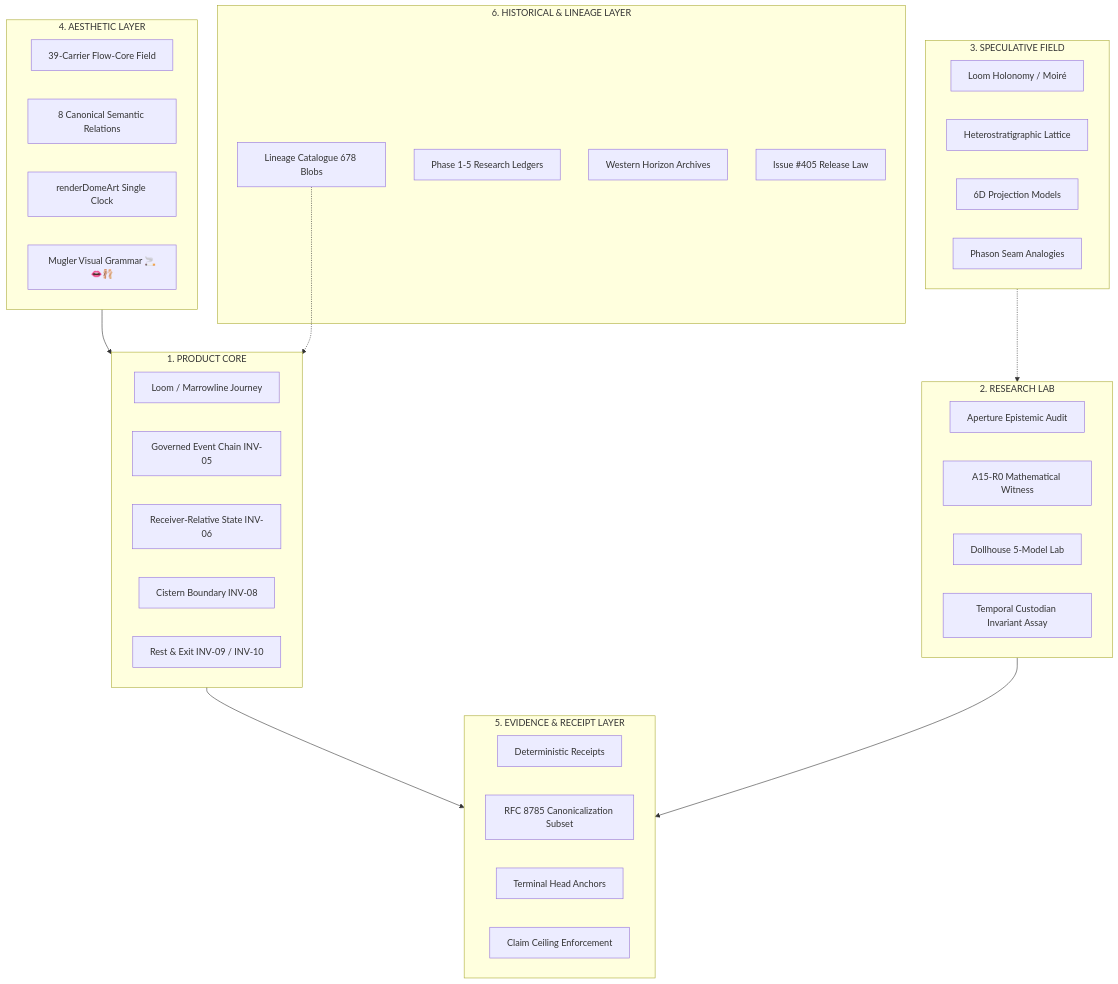
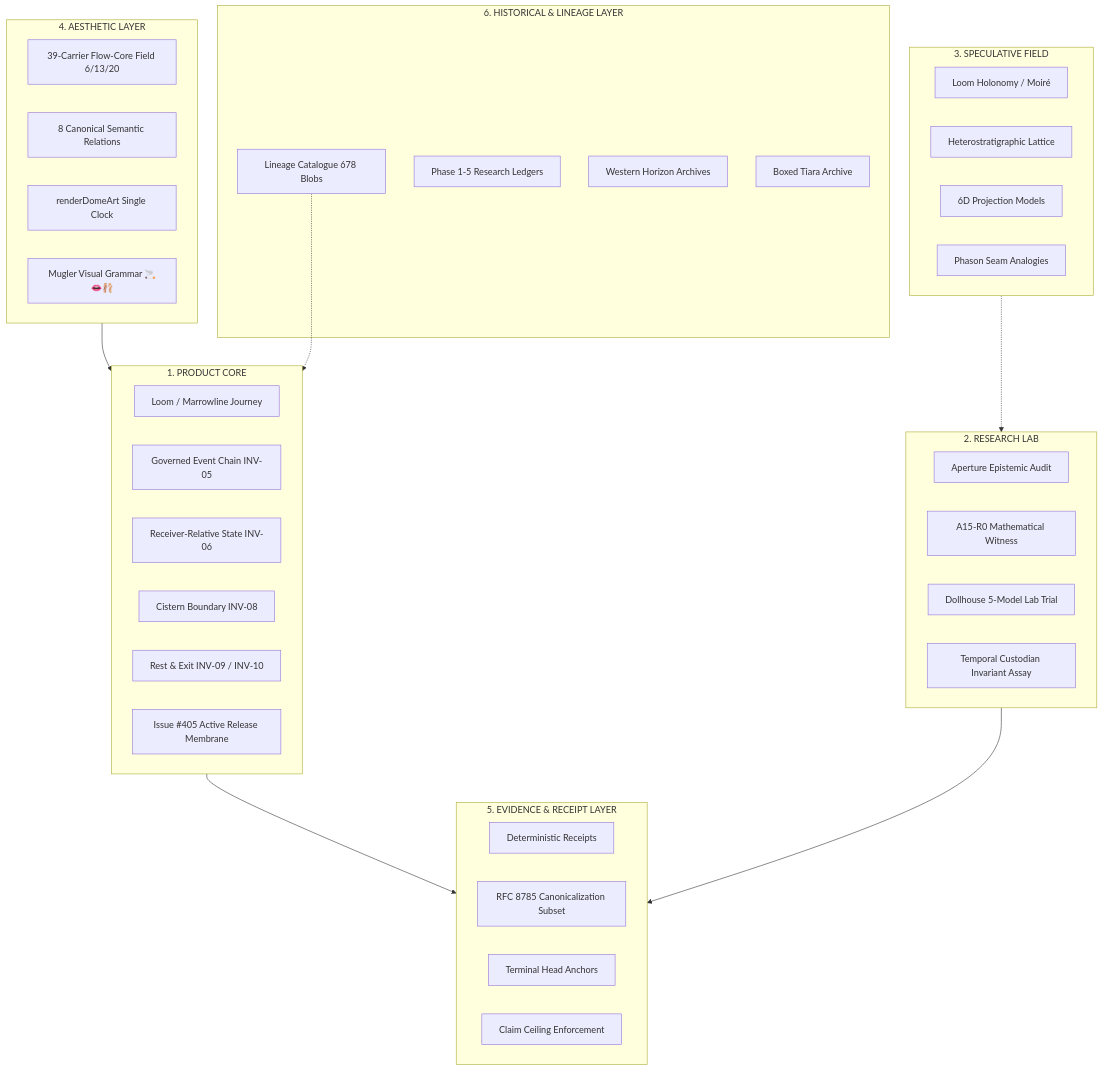
Before and after one commit to tauric-diana-613/TD613-TCP: the diagram in docs/sequence-6/SURVIVOR_MAP_AND_ARCHITECTURE_FREEZE.md, drawn with Mermaid. The commit also changed other lines of this file and 2 other files, not shown here.

Commit message:
docs(seq6): reconcile architecture freeze with canonical invariant and flowcore registries

````diff
--- a/docs/sequence-6/SURVIVOR_MAP_AND_ARCHITECTURE_FREEZE.md
+++ b/docs/sequence-6/SURVIVOR_MAP_AND_ARCHITECTURE_FREEZE.md
@@ -75,46 +83,47 @@
 ```mermaid
 graph TD
     subgraph L1 [1. PRODUCT CORE]
         PC1[Loom / Marrowline Journey]
         PC2[Governed Event Chain INV-05]
         PC3[Receiver-Relative State INV-06]
         PC4[Cistern Boundary INV-08]
         PC5[Rest & Exit INV-09 / INV-10]
+        PC6[Issue #405 Active Release Membrane]
     end
     subgraph L2 [2. RESEARCH LAB]
         RL1[Aperture Epistemic Audit]
         RL2[A15-R0 Mathematical Witness]
-        RL3[Dollhouse 5-Model Lab]
+        RL3[Dollhouse 5-Model Lab Trial]
         RL4[Temporal Custodian Invariant Assay]
     end
     subgraph L3 [3. SPECULATIVE FIELD]
         SF1[Loom Holonomy / Moiré]
         SF2[Heterostratigraphic Lattice]
         SF3[6D Projection Models]
         SF4[Phason Seam Analogies]
     end
     subgraph L4 [4. AESTHETIC LAYER]
-        AL1[39-Carrier Flow-Core Field]
+        AL1[39-Carrier Flow-Core Field 6/13/20]
         AL2[8 Canonical Semantic Relations]
         AL3[renderDomeArt Single Clock]
         AL4[Mugler Visual Grammar 🚬👄🩰]
     end
     subgraph L5 [5. EVIDENCE & RECEIPT LAYER]
         ER1[Deterministic Receipts]
         ER2[RFC 8785 Canonicalization Subset]
         ER3[Terminal Head Anchors]
         ER4[Claim Ceiling Enforcement]
     end
     subgraph L6 [6. HISTORICAL & LINEAGE LAYER]
         HL1[Lineage Catalogue 678 Blobs]
         HL2[Phase 1-5 Research Ledgers]
         HL3[Western Horizon Archives]
-        HL4[Issue #405 Release Law]
+        HL4[Boxed Tiara Archive]
     end
 
     L1 --> L5
     L4 --> L1
     L2 --> L5
     L3 -.-> L2
     HL1 -.-> L1
 ```
````
